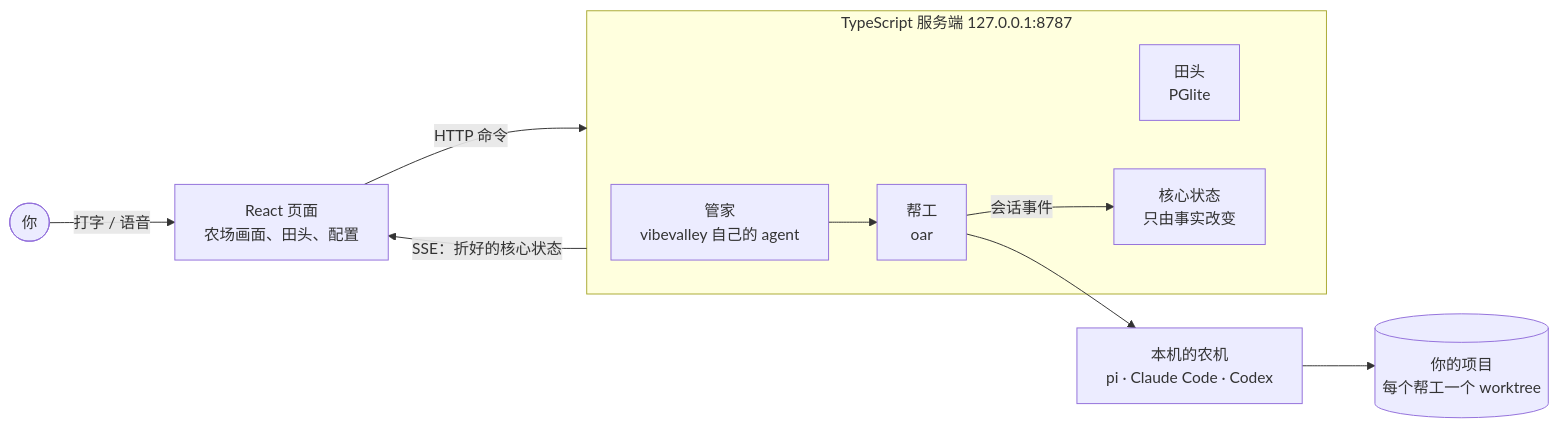
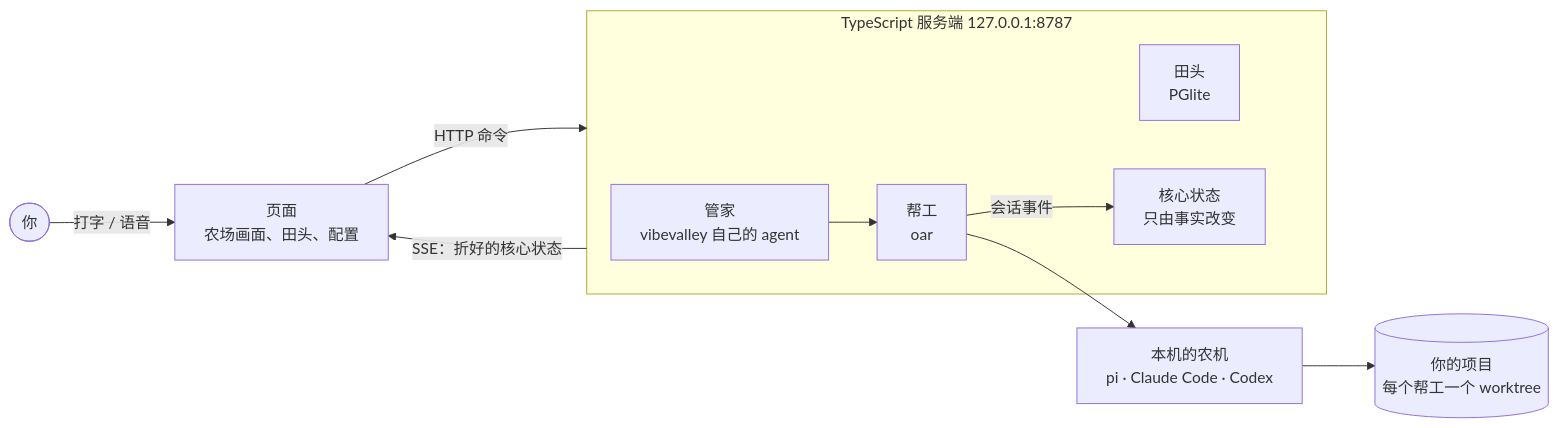
Before and after one commit to vibevalleyhq/vibevalley: the diagram in README.md, drawn with Mermaid. The commit also changed other lines of this file and 326 other files, not shown here.

````diff
--- a/README.md
+++ b/README.md
@@ -34,16 +34,16 @@
 ```mermaid
 flowchart LR
-  you([你]) -- 打字 / 语音 --> app[React 页面<br/>农场画面、田头、配置]
+  you([你]) -- 打字 / 语音 --> app[页面<br/>农场画面、田头、配置]
   app -- HTTP 命令 --> server
   server -- SSE：折好的核心状态 --> app
   subgraph server[TypeScript 服务端 127.0.0.1:8787]
     manager[管家<br/>vibevalley 自己的 agent]
     chat[田头<br/>PGlite]
     site[核心状态<br/>只由事实改变]
     sessions[帮工<br/>oar]
   end
   manager --> sessions
   sessions -- 会话事件 --> site
   sessions --> rt[本机的农机<br/>pi · Claude Code · Codex]
   rt --> repo[(你的项目<br/>每个帮工一个 worktree)]
 ```
````
